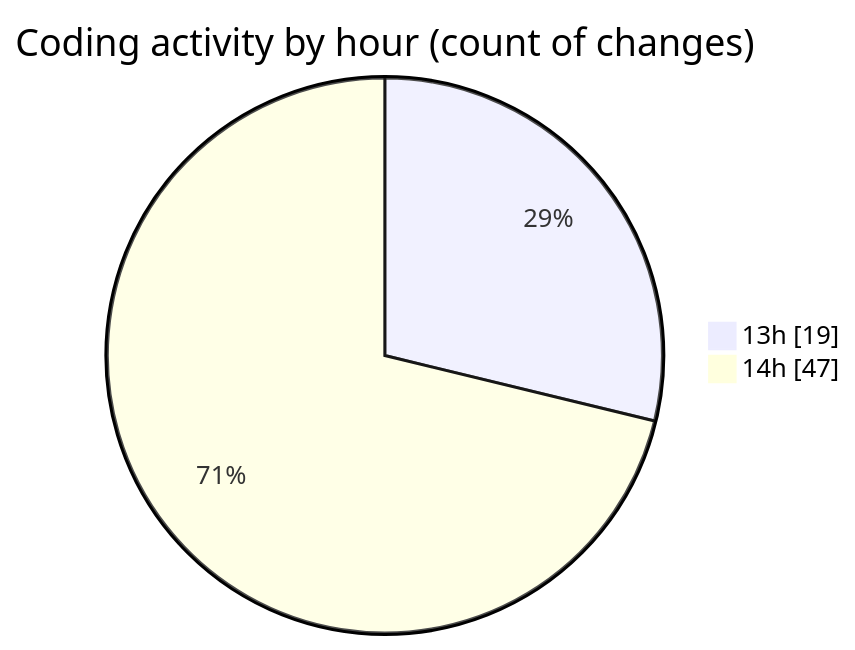
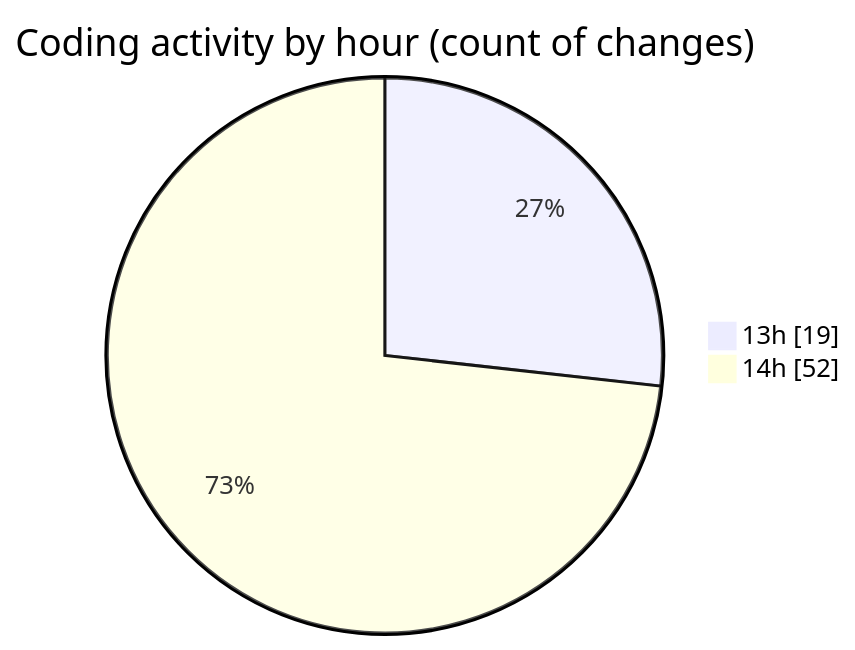
Before and after one commit to robertbonfada/code-tracking: the second of 2 diagrams in 2025-03-03/kart-online/README.md, drawn with Mermaid. The commit also changed other lines of this file and 1 other file, not shown here.

````diff
--- a/2025-03-03/kart-online/README.md
+++ b/2025-03-03/kart-online/README.md
@@ -53,6 +53,6 @@
 ```mermaid
 pie showData
 title Coding activity by hour (count of changes)
 "13h" : 19
-"14h" : 47
+"14h" : 52
 ```
````
